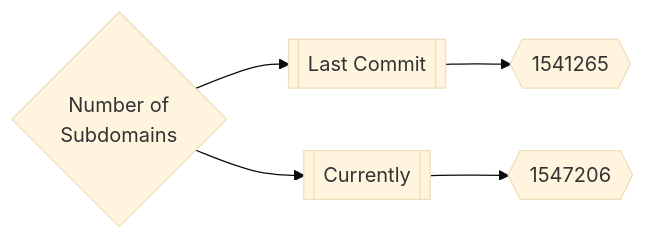
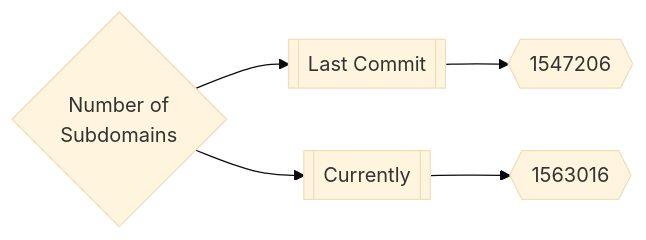
One commit to trickest/inventory changed the first of 3 diagrams in README.md. Above: the diagram before and after it, drawn with Mermaid (base theme). The commit also changed other lines of this file and 118 other files, not shown here.

````diff
--- a/README.md
+++ b/README.md
@@ -165,5 +165,5 @@
 ```mermaid
 graph LR
-title{Number of<br>Subdomains} --> subdomainsDate1[[Last Commit]] --> subdomainsNum1{{1541265}}
-title --> subdomainsDate2[[Currently]] --> subdomainsNum2{{1547206}}
+title{Number of<br>Subdomains} --> subdomainsDate1[[Last Commit]] --> subdomainsNum1{{1547206}}
+title --> subdomainsDate2[[Currently]] --> subdomainsNum2{{1563016}}
 ```
````
